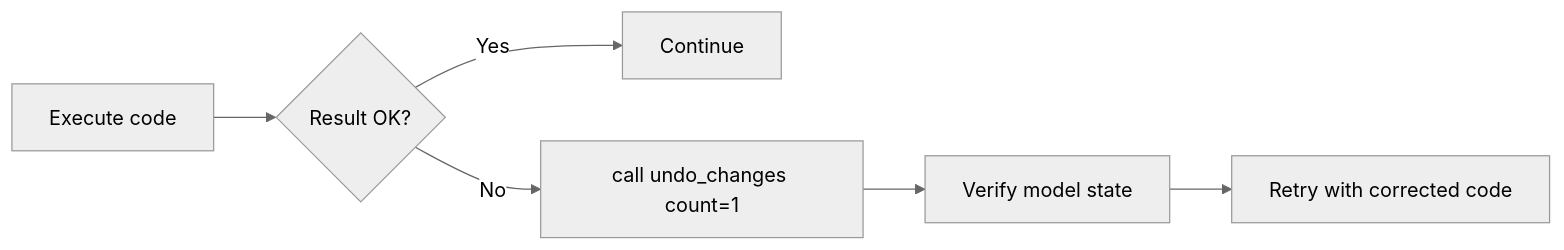
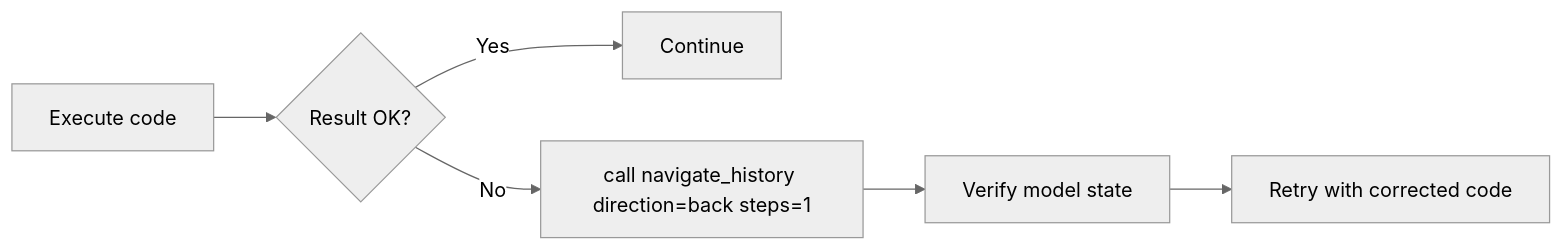
Before and after one commit to trgiangv/RevitDevTool: the third of 4 diagrams in docs/MCP/workflows.md, drawn with Mermaid (neutral theme). The commit also changed other lines of this file and 13 other files, not shown here.

First line of the commit message:
refactor(agents): unify undo/redo into navigate_history + add integration test workflow

````diff
--- a/docs/MCP/workflows.md
+++ b/docs/MCP/workflows.md
@@ -49,8 +49,8 @@
 ```mermaid
 flowchart LR
     A[Execute code] --> B{Result OK?}
     B -->|Yes| C[Continue]
-    B -->|No| D[call undo_changes count=1]
+    B -->|No| D[call navigate_history direction=back steps=1]
     D --> E[Verify model state]
     E --> F[Retry with corrected code]
 ```
````
